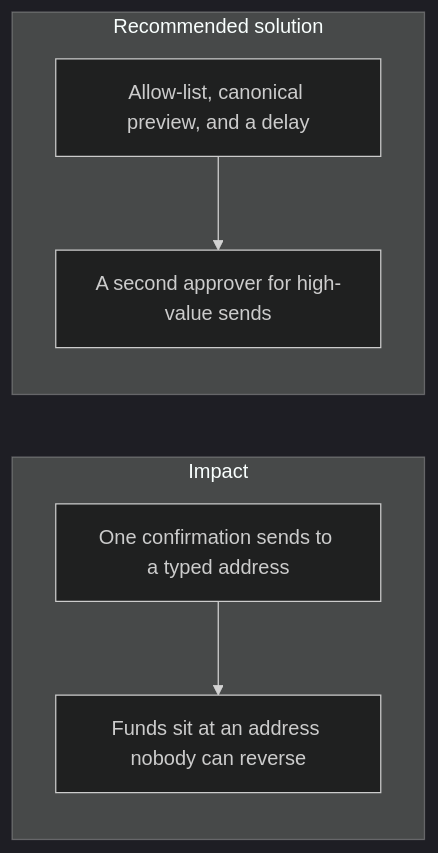
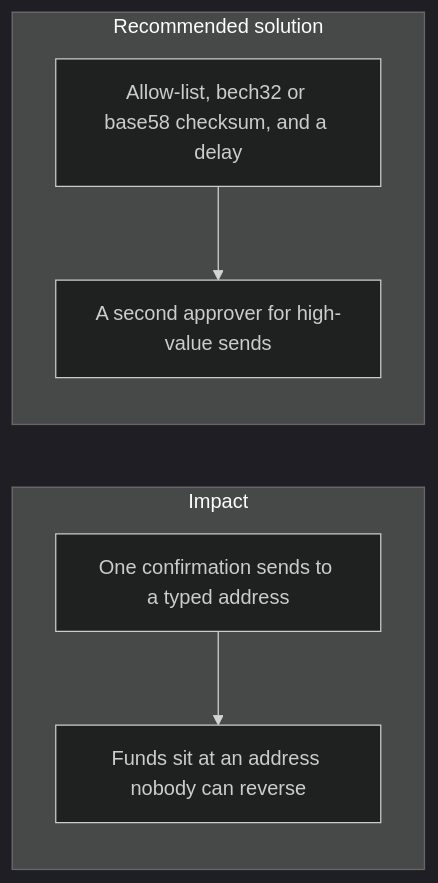
Before and after one commit to AymanNagyAhmed/backend-fintech-cryptographic-monolith: the diagram in docs/Common_Challenges_In_Fintech_Cryptographic/036_irreversible_user_errors.md, drawn with Mermaid (dark theme). The commit also changed other lines of this file and 11 other files, not shown here.

````diff
--- a/docs/Common_Challenges_In_Fintech_Cryptographic/036_irreversible_user_errors.md
+++ b/docs/Common_Challenges_In_Fintech_Cryptographic/036_irreversible_user_errors.md
@@ -3,9 +3,9 @@
 ```mermaid
 flowchart LR
   subgraph impactPath [Impact]
     oneClick[One confirmation sends to a typed address] --> lost[Funds sit at an address nobody can reverse]
   end
   subgraph solutionPath [Recommended solution]
-    allowList["Allow-list, canonical preview, and a delay"] --> fourEyes[A second approver for high-value sends]
+    allowList["Allow-list, bech32 or base58 checksum, and a delay"] --> fourEyes[A second approver for high-value sends]
   end
 ```
````
